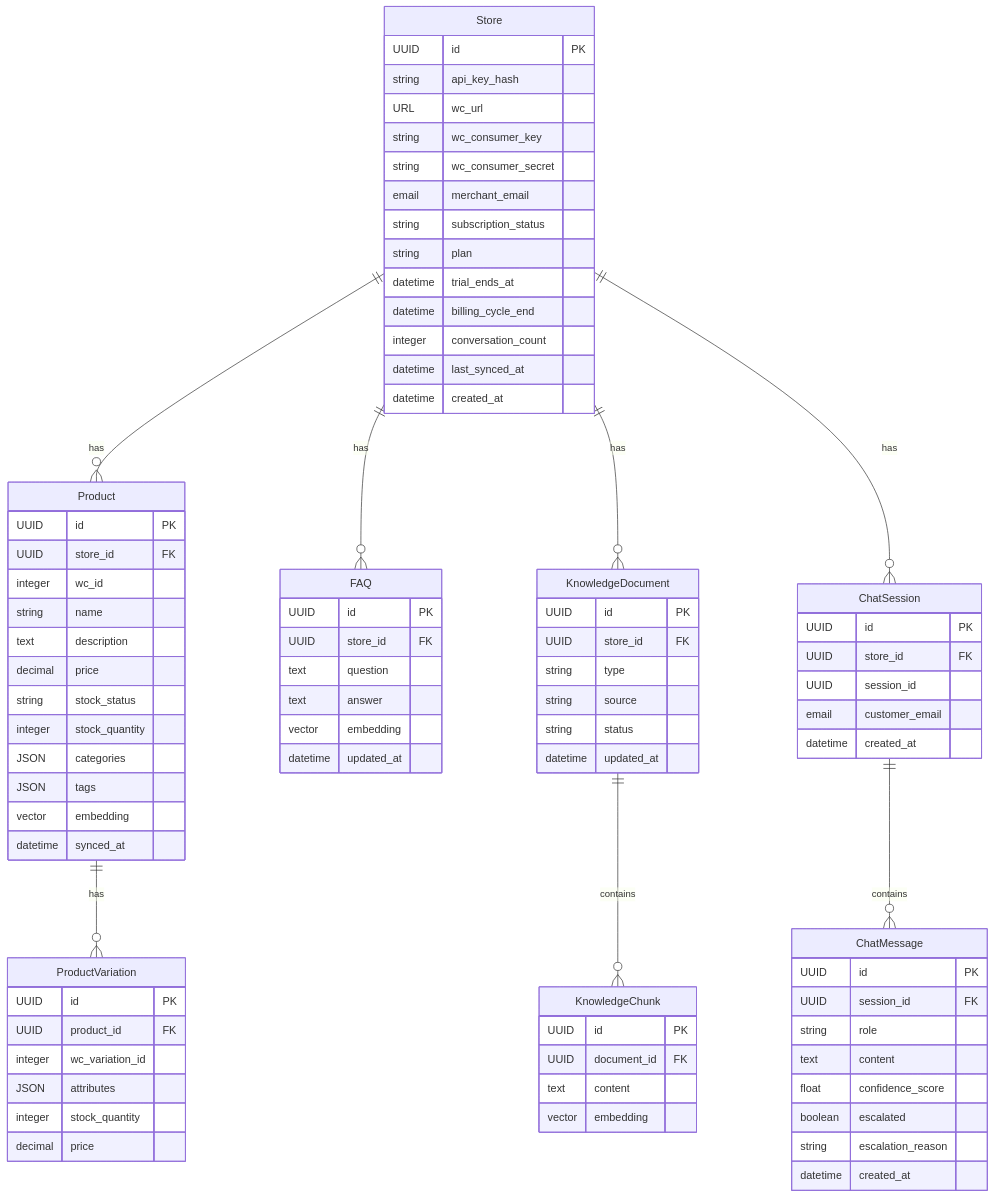
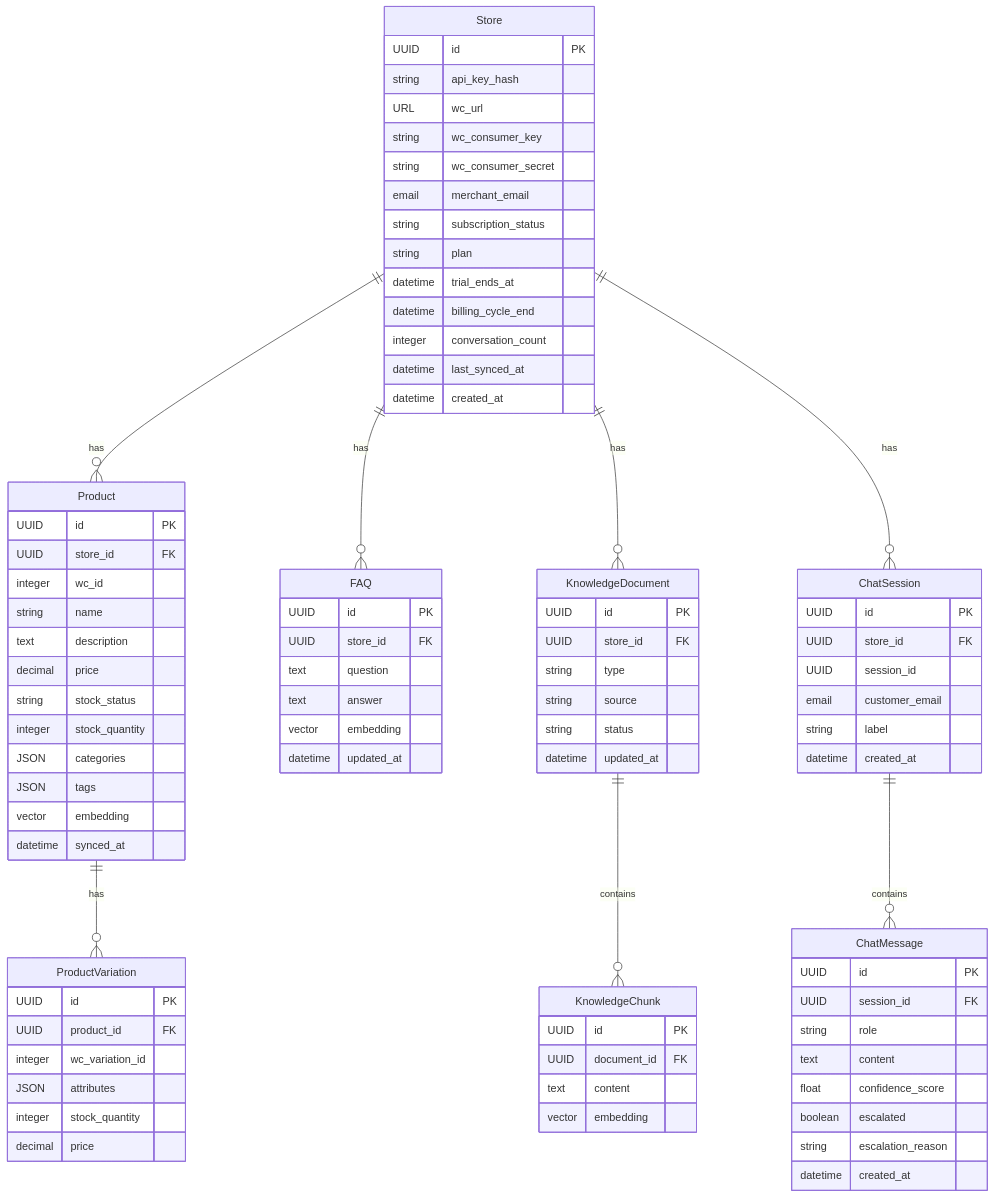
Before and after one commit to aji-pratama/woocs: the first of 6 diagrams in _docs/PRD.md, drawn with Mermaid. The commit also changed other lines of this file, not shown here.

```diff
--- a/_docs/PRD.md
+++ b/_docs/PRD.md
@@ -218,6 +218,7 @@
         UUID store_id FK
         UUID session_id
         email customer_email
+        string label
         datetime created_at
     }
     
```
